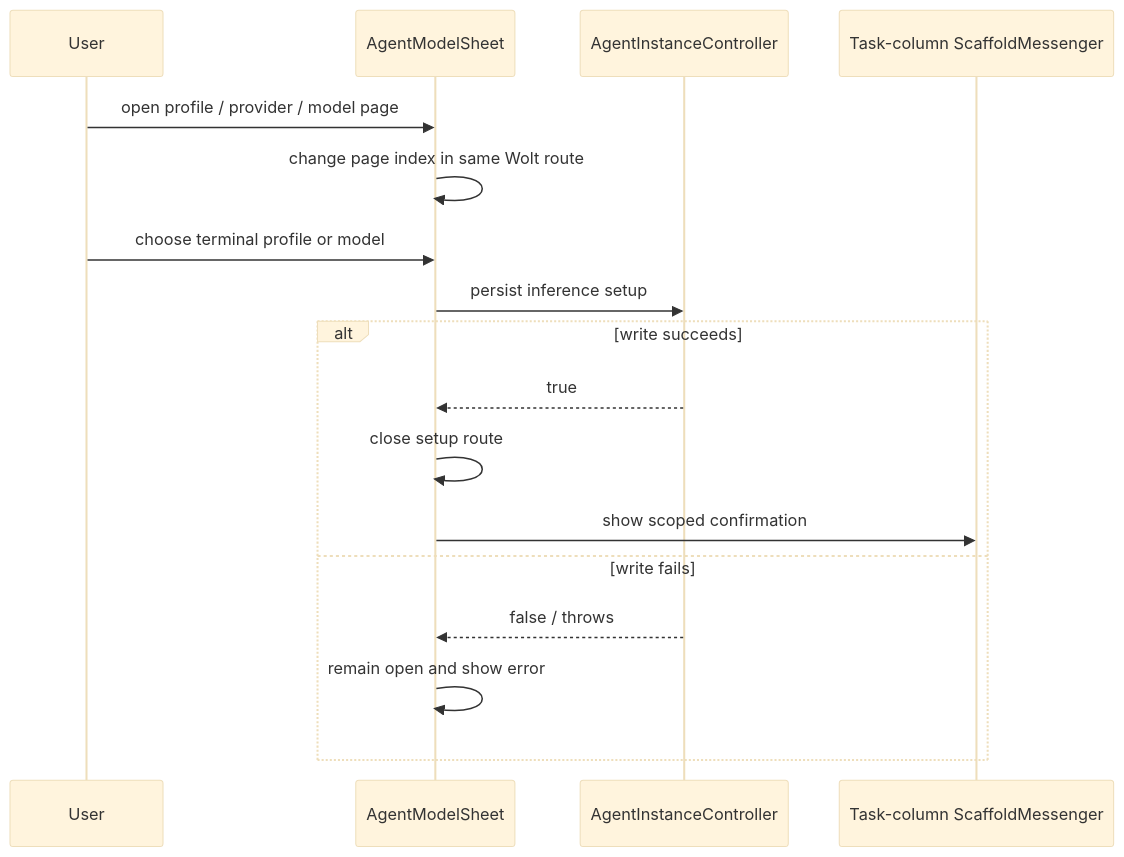
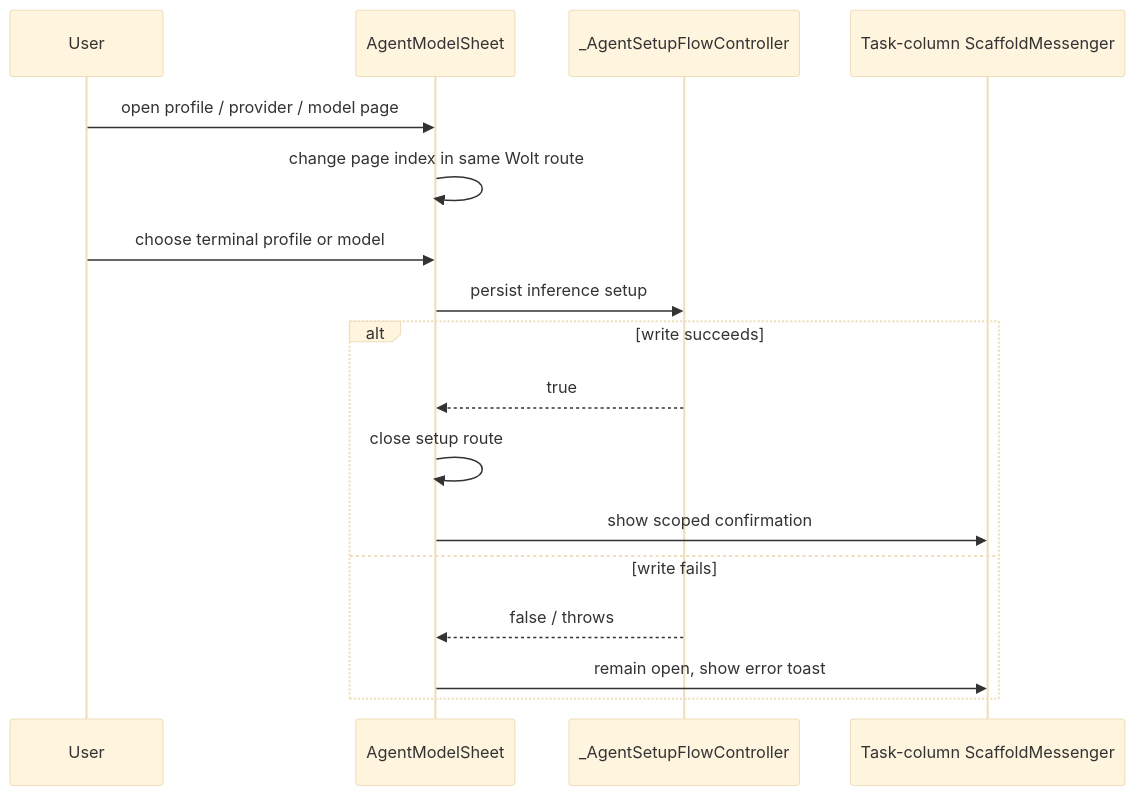
Before and after one commit to matthiasn/lotti: the fourth of 7 diagrams in knowledge/features/agents/ui-surfaces.md, drawn with Mermaid (base theme). The commit also changed other lines of this file and 17 other files, not shown here.

````diff
--- a/knowledge/features/agents/ui-surfaces.md
+++ b/knowledge/features/agents/ui-surfaces.md
@@ -557,20 +576,20 @@
 ```mermaid
 sequenceDiagram
   participant User
   participant Sheet as AgentModelSheet
-  participant Controller as AgentInstanceController
+  participant Controller as _AgentSetupFlowController
   participant TaskUI as Task-column ScaffoldMessenger
 
   User->>Sheet: open profile / provider / model page
   Sheet->>Sheet: change page index in same Wolt route
   User->>Sheet: choose terminal profile or model
   Sheet->>Controller: persist inference setup
   alt write succeeds
     Controller-->>Sheet: true
     Sheet->>Sheet: close setup route
     Sheet->>TaskUI: show scoped confirmation
   else write fails
     Controller-->>Sheet: false / throws
-    Sheet->>Sheet: remain open and show error
+    Sheet->>TaskUI: remain open, show error toast
   end
 ```
````
